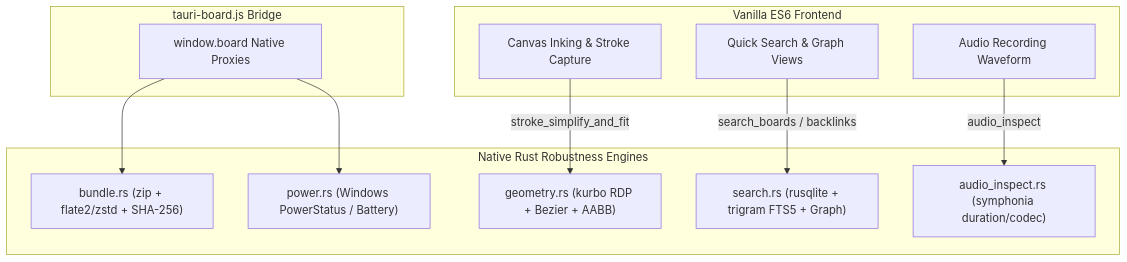
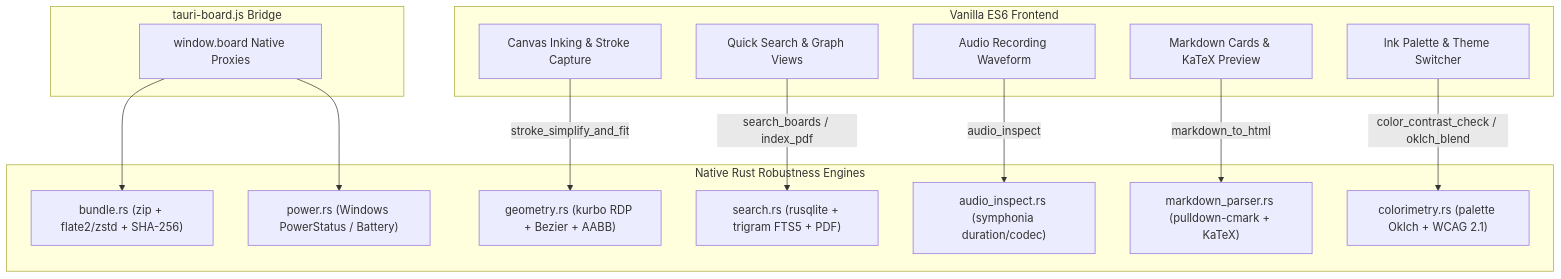
One commit to Mostakim2005/gaussboard-rust-port changed the tenth of 10 diagrams in docs/ARCHITECTURE.md. Above: the diagram before and after it, drawn with Mermaid. The commit also changed other lines of this file and 2 other files, not shown here.

Commit message:
docs(sync): update architecture, product, and traps for rust robustness suite

````diff
--- a/docs/ARCHITECTURE.md
+++ b/docs/ARCHITECTURE.md
@@ -282,26 +285,32 @@
 ```mermaid
 flowchart TD
     subgraph UI ["Vanilla ES6 Frontend"]
         Canvas["Canvas Inking & Stroke Capture"]
         SearchUI["Quick Search & Graph Views"]
         AudioUI["Audio Recording Waveform"]
+        MarkdownUI["Markdown Cards & KaTeX Preview"]
+        PaletteUI["Ink Palette & Theme Switcher"]
     end
 
     subgraph IPC ["tauri-board.js Bridge"]
         Bridge["window.board Native Proxies"]
     end
 
     subgraph RustEngines ["Native Rust Robustness Engines"]
         ArchiveEng["bundle.rs (zip + flate2/zstd + SHA-256)"]
-        SearchEng["search.rs (rusqlite + trigram FTS5 + Graph)"]
+        SearchEng["search.rs (rusqlite + trigram FTS5 + PDF)"]
         AudioEng["audio_inspect.rs (symphonia duration/codec)"]
         GeomEng["geometry.rs (kurbo RDP + Bezier + AABB)"]
+        ColorEng["colorimetry.rs (palette Oklch + WCAG 2.1)"]
+        MdEng["markdown_parser.rs (pulldown-cmark + KaTeX)"]
         PowerEng["power.rs (Windows PowerStatus / Battery)"]
     end
 
     Canvas -->|stroke_simplify_and_fit| GeomEng
-    SearchUI -->|search_boards / backlinks| SearchEng
+    SearchUI -->|search_boards / index_pdf| SearchEng
     AudioUI -->|audio_inspect| AudioEng
+    MarkdownUI -->|markdown_to_html| MdEng
+    PaletteUI -->|color_contrast_check / oklch_blend| ColorEng
     Bridge --> ArchiveEng
     Bridge --> PowerEng
 ```
````
